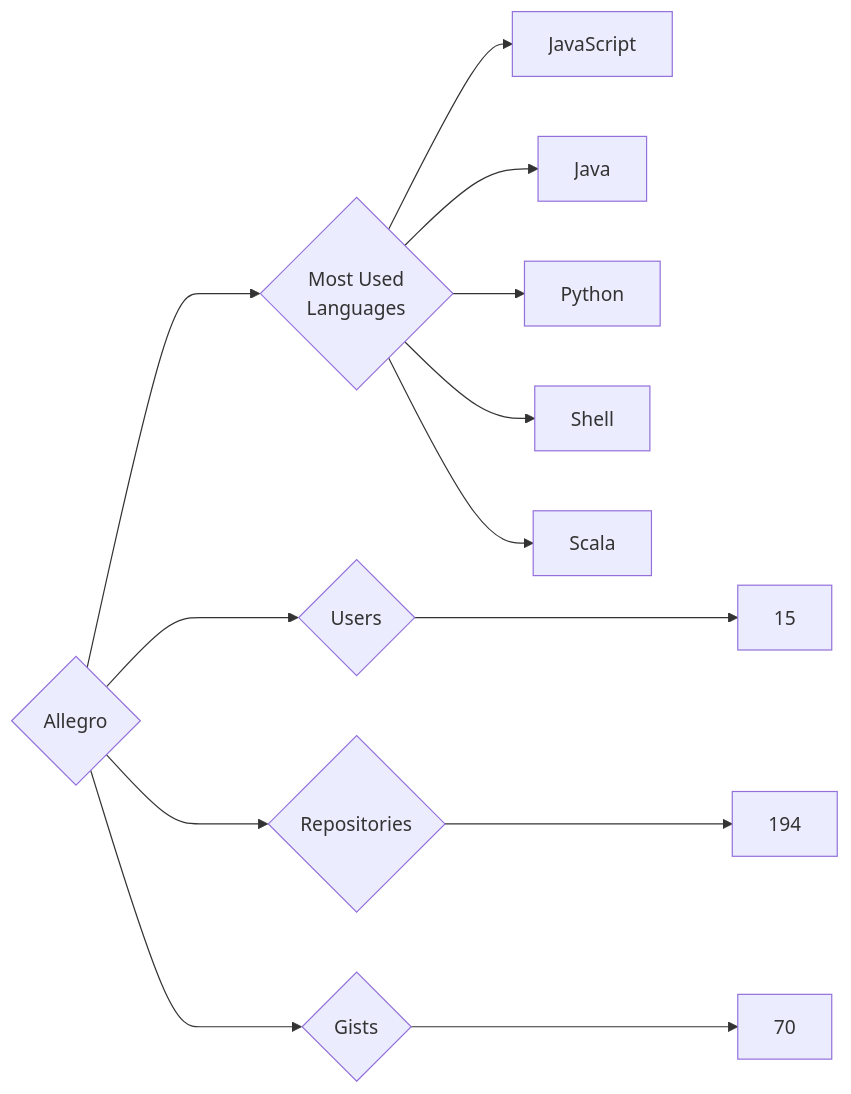
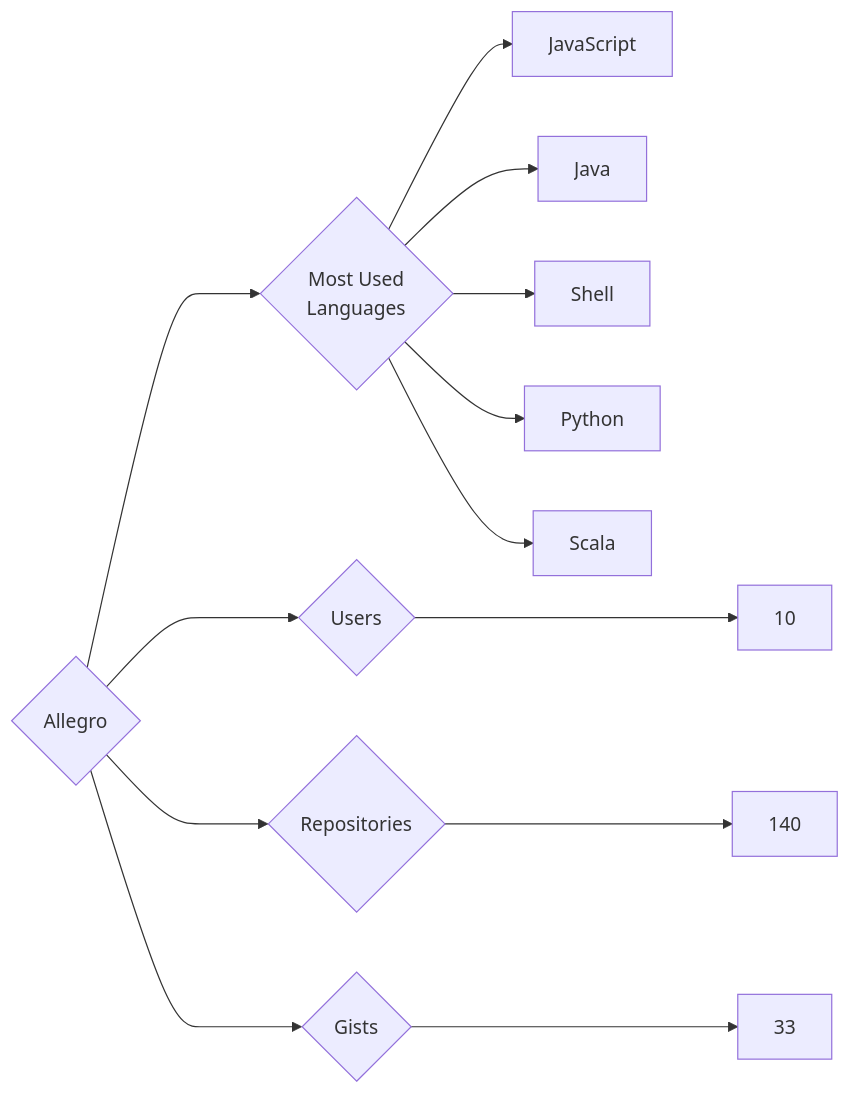
One commit to trickest/insiders changed the diagram in targets/Allegro/README.md. Above: the diagram before and after it, drawn with Mermaid. The commit also changed 782 other files, not shown here.

````diff
--- a/targets/Allegro/README.md
+++ b/targets/Allegro/README.md
@@ -3,13 +3,13 @@
 ```mermaid
 graph LR
 COMPANY_NAME{Allegro}
-COMPANY_NAME ---> U{Users} ---> UN[15]
-COMPANY_NAME ---> R{Repositories} ---> RN[194]
-COMPANY_NAME ---> G{Gists} ---> GN[70]
+COMPANY_NAME ---> U{Users} ---> UN[10]
+COMPANY_NAME ---> R{Repositories} ---> RN[140]
+COMPANY_NAME ---> G{Gists} ---> GN[33]
 COMPANY_NAME ---> ML{Most Used<br>Languages}
 ML --> JavaScript[JavaScript]
 ML --> Java[Java]
+ML --> Shell[Shell]
 ML --> Python[Python]
-ML --> Shell[Shell]
 ML --> Scala[Scala]
 ```
````
